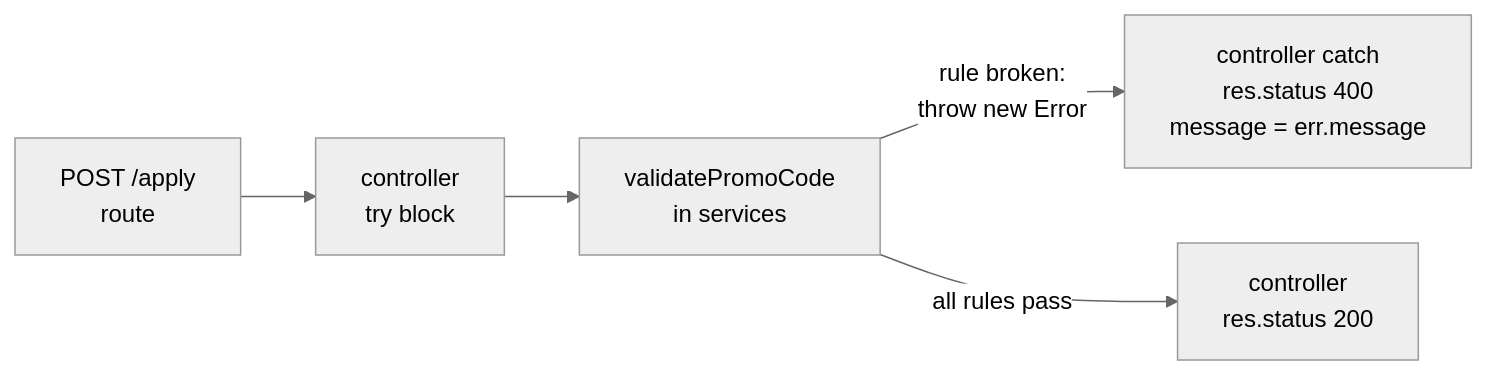
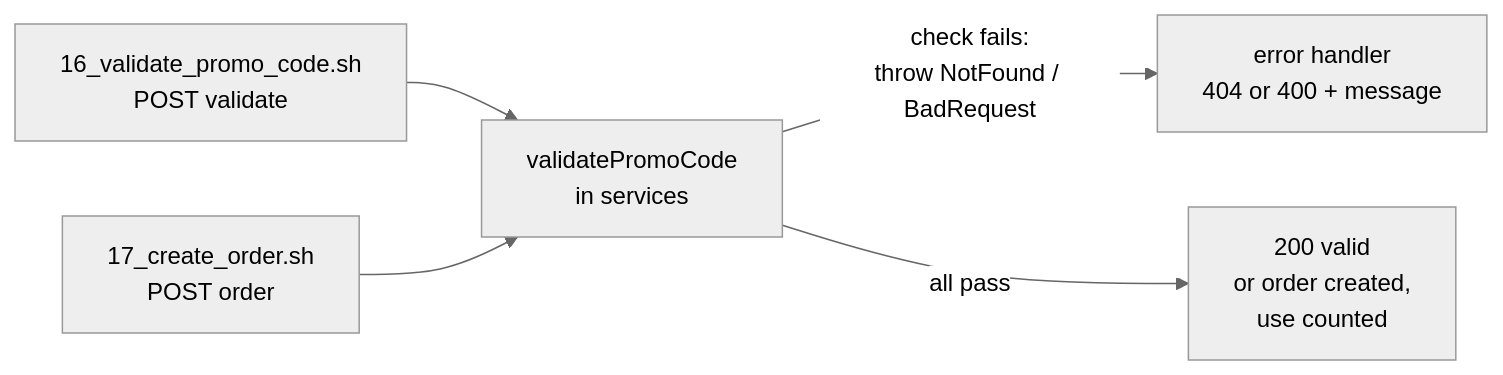
One commit to ahmedzaidi2002/placement-playbook changed the diagram in content/companies/ibm/01-promo-code-question.md. Above: the diagram before and after it, drawn with Mermaid (neutral theme). The commit also changed other lines of this file and 26 other files, not shown here.

First line of the commit message:
IBM: rewrite promo-code pages from the real ShowPass statement

````diff
--- a/content/companies/ibm/01-promo-code-question.md
+++ b/content/companies/ibm/01-promo-code-question.md
@@ -44,7 +33,7 @@
 ```mermaid
 flowchart LR
-  A[POST /apply<br/>route] --> B[controller<br/>try block]
-  B --> C[validatePromoCode<br/>in services]
-  C -- rule broken:<br/>throw new Error --> D[controller catch<br/>res.status 400<br/>message = err.message]
-  C -- all rules pass --> E[controller<br/>res.status 200]
+  A[16_validate_promo_code.sh<br/>POST validate] --> C
+  B[17_create_order.sh<br/>POST order] --> C
+  C[validatePromoCode<br/>in services] -- check fails:<br/>throw NotFound / BadRequest --> D[error handler<br/>404 or 400 + message]
+  C -- all pass --> E[200 valid<br/>or order created,<br/>use counted]
 ```
````
